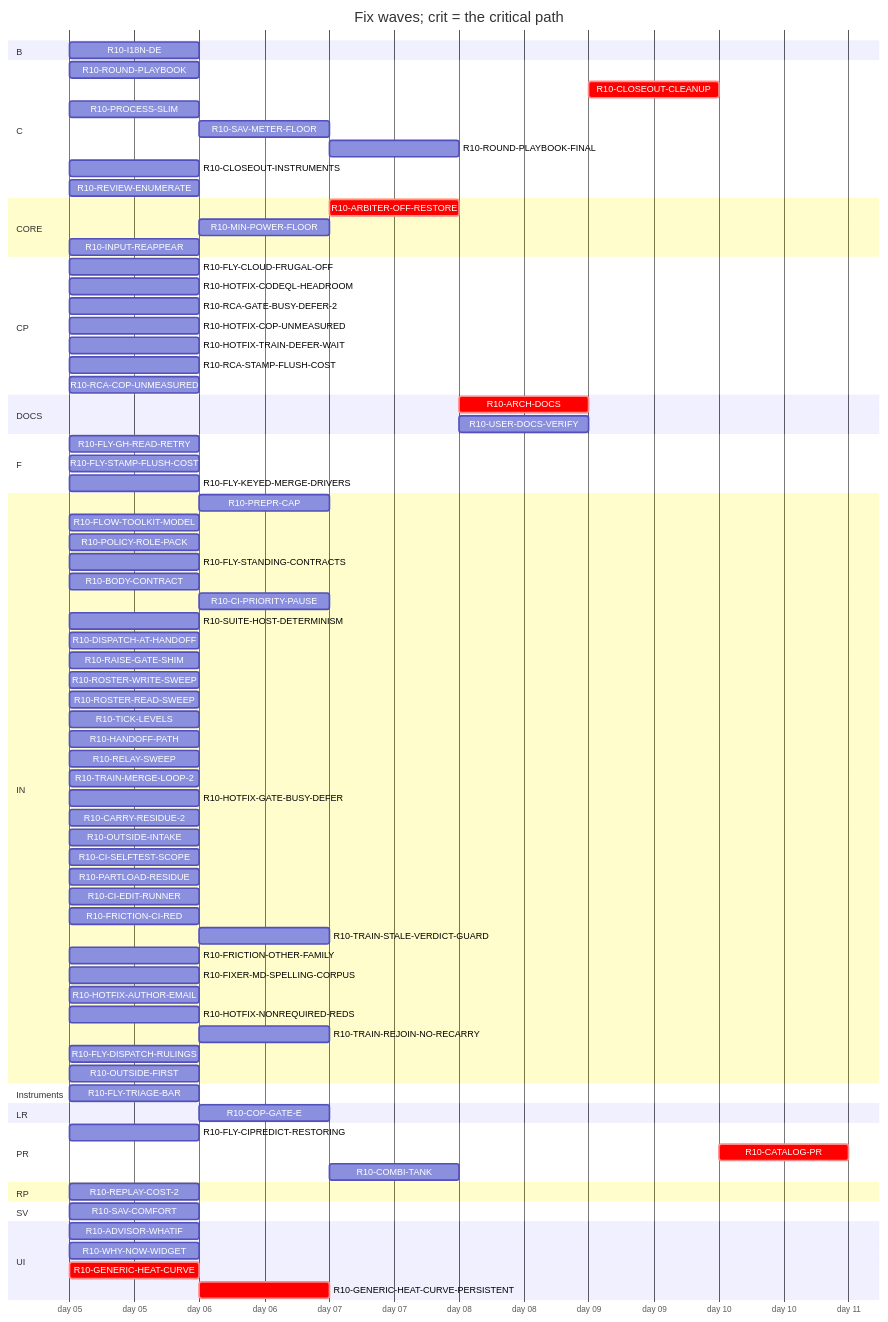
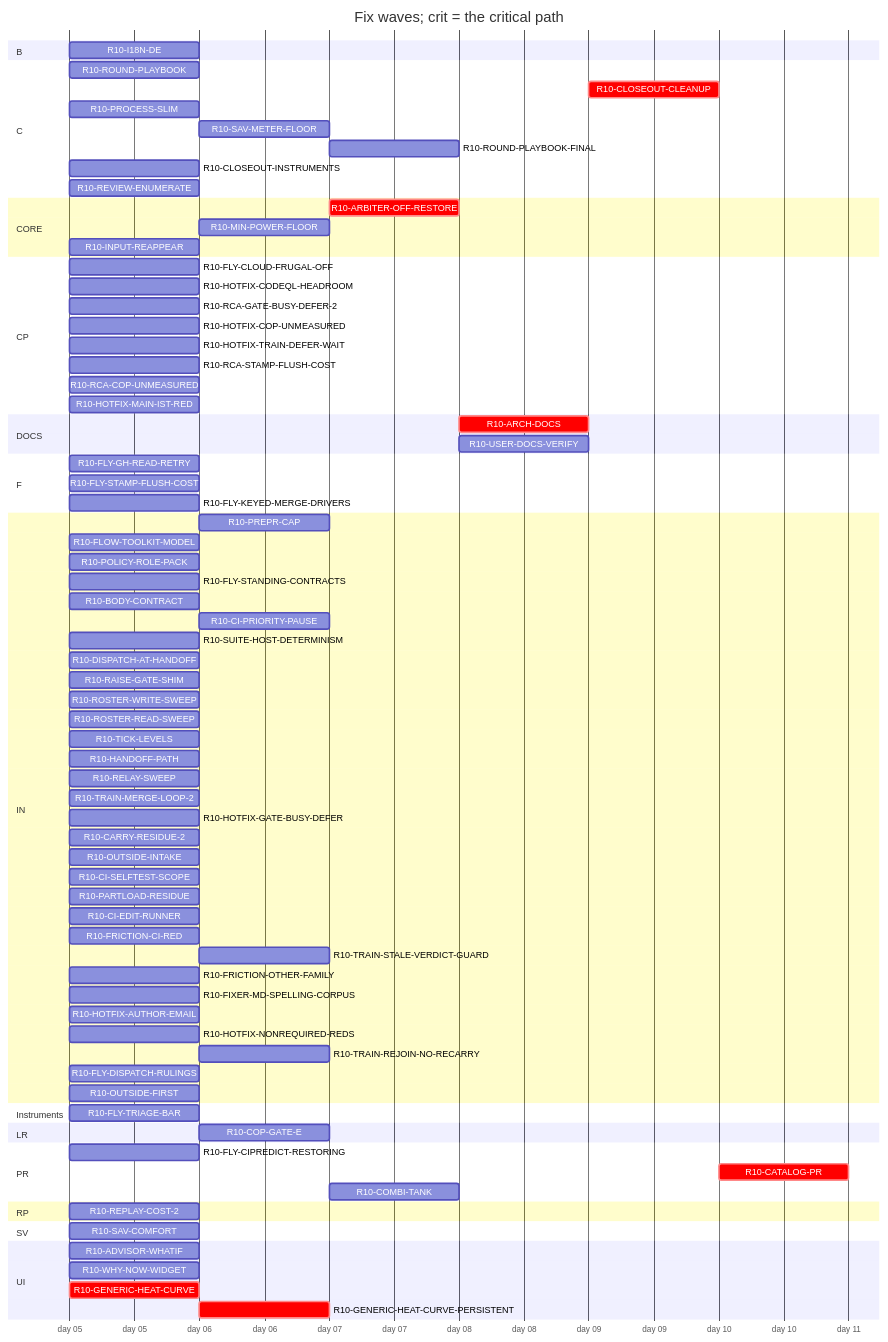
One commit to tvofi/heatpump_optimizer changed the diagram in handoff/round10/state/PLAN-TABLE.md. Above: the diagram before and after it, drawn with Mermaid. The commit also changed other lines of this file and 4 other files, not shown here.

Commit message:
state: FLOW-BOARD.md, NEXT-SESSION-PROMPT.md, PLAN-TABLE.md, PLAN.html, RESUME-CURRENT.md regenerated (state_docs.py)

```diff
--- a/handoff/round10/state/PLAN-TABLE.md
+++ b/handoff/round10/state/PLAN-TABLE.md
@@ -50,6 +50,7 @@
     R10-HOTFIX-TRAIN-DEFER-WAIT :r10HOTFIXTRAINDEFERWAIT, 2026-01-05, 1d
     R10-RCA-STAMP-FLUSH-COST :r10RCASTAMPFLUSHCOST, 2026-01-05, 1d
     R10-RCA-COP-UNMEASURED :r10RCACOPUNMEASURED, 2026-01-05, 1d
+    R10-HOTFIX-MAIN-IST-RED :r10HOTFIXMAINISTRED, 2026-01-05, 1d
   section DOCS
     R10-ARCH-DOCS :crit, r10ARCHDOCS, after r10SAVCOMFORT r10WHYNOWWIDGET r10ADVISORWHATIF r10PREPRCAP r10HANDOFFPATH r10RELAYSWEEP r10DISPATCHATHANDOFF r10BODYCONTRACT r10TICKLEVELS r10CIPRIORITYPAUSE r10ROSTERWRITESWEEP r10ROSTERREADSWEEP r10FLYSTANDINGCONTRACTS r10POLICYROLEPACK r10FLOWTOOLKITMODEL r10FLYCIPREDICTRESTORING r10RAISEGATESHIM r10FLYGHREADRETRY r10SUITEHOSTDETERMINISM r10PROCESSSLIM r10SAVMETERFLOOR r10HOTFIXCOPUNMEASURED r10COPGATEE r10PARTLOADRESIDUE r10I18NDE r10GENERICHEATCURVE r10GENERICHEATCURVEPERSISTENT r10ARBITEROFFRESTORE r10TRAINMERGELOOP2 r10HOTFIXGATEBUSYDEFER r10CARRYRESIDUE2 r10REPLAYCOST2 r10HOTFIXCODEQLHEADROOM r10OUTSIDEINTAKE r10FLYSTAMPFLUSHCOST r10HOTFIXTRAINDEFERWAIT r10CISELFTESTSCOPE r10CIEDITRUNNER r10TRAINSTALEVERDICTGUARD r10COMBITANK r10CLOSEOUTINSTRUMENTS r10MINPOWERFLOOR r10ROUNDPLAYBOOK r10RCAGATEBUSYDEFER2 r10FRICTIONCIRED r10FRICTIONOTHERFAMILY r10RCASTAMPFLUSHCOST r10RCACOPUNMEASURED r10INPUTREAPPEAR, 1d
     R10-USER-DOCS-VERIFY :r10USERDOCSVERIFY, after r10SAVCOMFORT r10WHYNOWWIDGET r10ADVISORWHATIF r10SAVMETERFLOOR r10HOTFIXCOPUNMEASURED r10COPGATEE r10PARTLOADRESIDUE r10I18NDE r10GENERICHEATCURVE r10GENERICHEATCURVEPERSISTENT r10ARBITEROFFRESTORE r10COMBITANK r10MINPOWERFLOOR r10INPUTREAPPEAR, 1d
```
